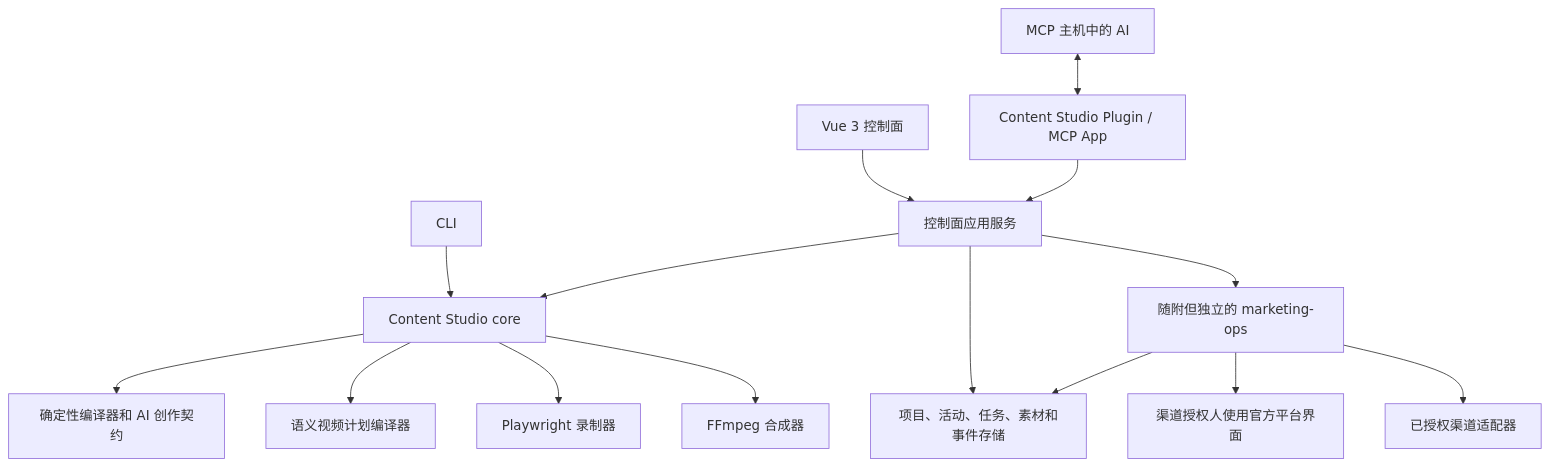
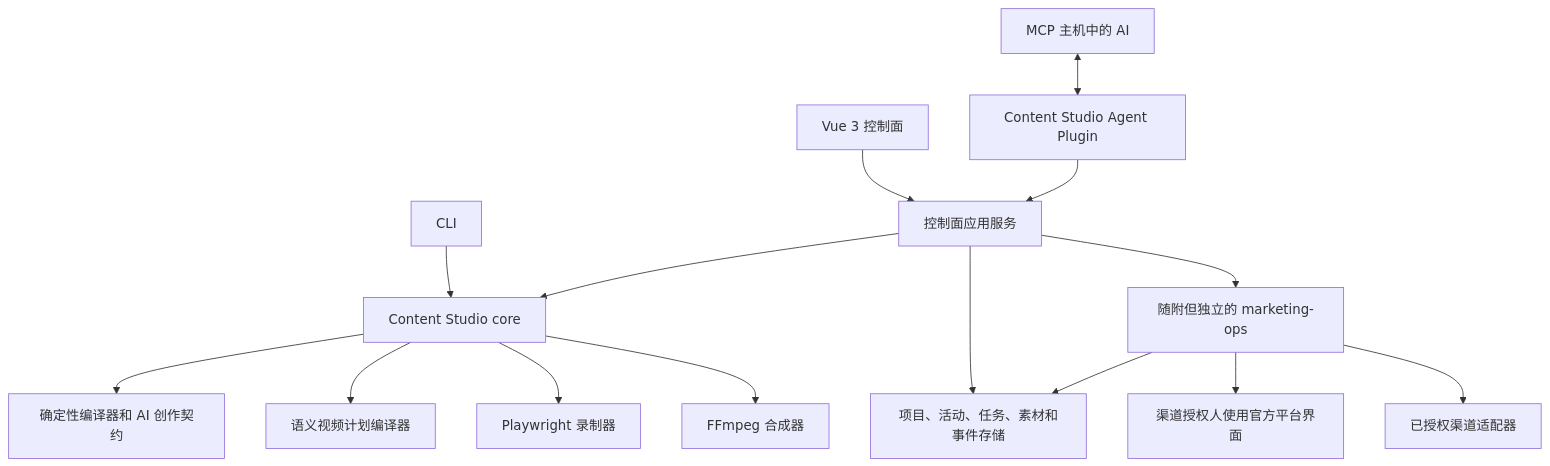
One commit to IllegalCreed/content-studio changed the diagram in docs/architecture.md. Above: the diagram before and after it, drawn with Mermaid. The commit also changed other lines of this file and 10 other files, not shown here.

Commit message:
feat: auto-draft capture flows and targets on source import; align docs with Agent Plugins

````diff
--- a/docs/architecture.md
+++ b/docs/architecture.md
@@ -8,17 +8,17 @@
 ```mermaid
 flowchart TB
-  AI["MCP 主机中的 AI"] <--> MCP["Content Studio Plugin / MCP App"]
+  AI["MCP 主机中的 AI"] <--> MCP["Content Studio Agent Plugin"]
   UI["Vue 3 控制面"] --> APP["控制面应用服务"]
   MCP --> APP
   CLI["CLI"] --> CORE["Content Studio core"]
   APP --> CORE
   APP --> STORE["项目、活动、任务、素材和事件存储"]
   CORE --> GEN["确定性编译器和 AI 创作契约"]
   CORE --> PLAN["语义视频计划编译器"]
   CORE --> REC["Playwright 录制器"]
   CORE --> COMP["FFmpeg 合成器"]
   APP --> MO["随附但独立的 marketing-ops"]
   MO --> PERSON["渠道授权人使用官方平台界面"]
   MO --> CHANNEL["已授权渠道适配器"]
   MO --> STORE
 ```
````
